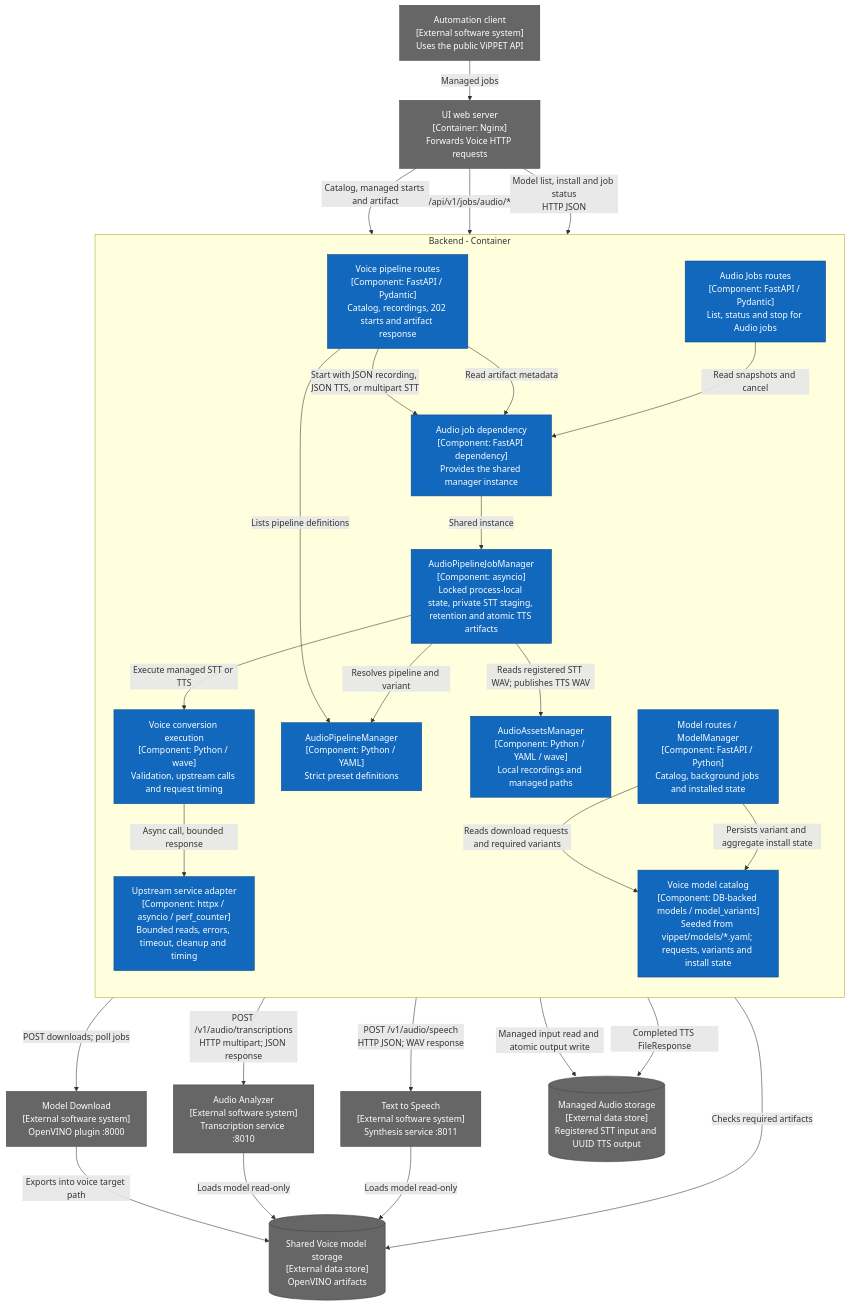
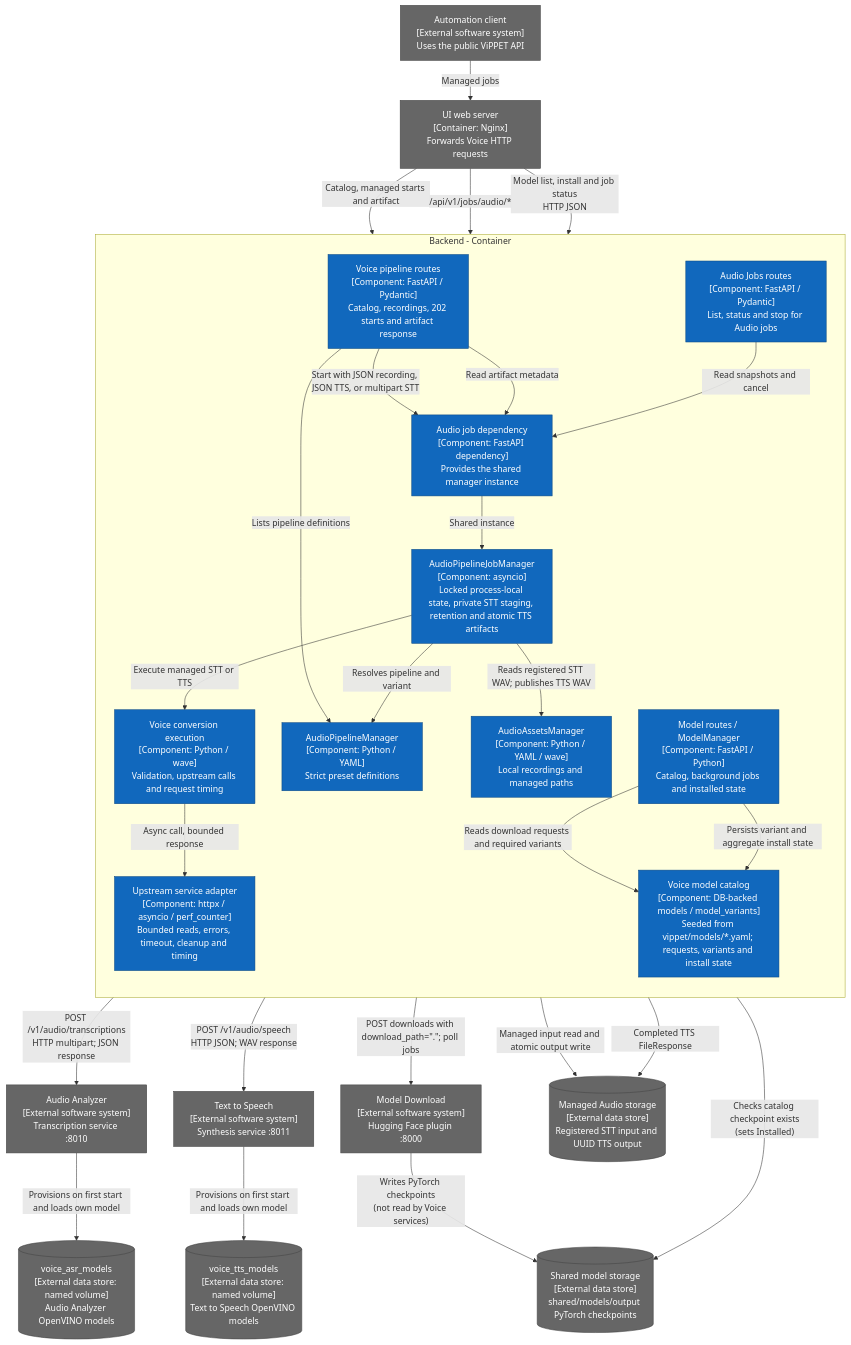
The fourth of 9 diagrams in tools/visual-pipeline-and-platform-evaluation-tool/docs/user-guide/developer-guide/voice-architecture.md (open-edge-platform/edge-ai-libraries), drawn with Mermaid before and after one commit. The commit also changed other lines of this file and 2 other files, not shown here.

Commit message:
[ViPPET] Update voice docs (#4004)

````diff
--- a/tools/visual-pipeline-and-platform-evaluation-tool/docs/user-guide/developer-guide/voice-architecture.md
+++ b/tools/visual-pipeline-and-platform-evaluation-tool/docs/user-guide/developer-guide/voice-architecture.md
@@ -204,49 +227,51 @@
 ```mermaid
 flowchart TB
   web["UI web server<br/>[Container: Nginx]<br/>Forwards Voice HTTP requests"]:::external
   automation["Automation client<br/>[External software system]<br/>Uses the public ViPPET API"]:::external
   subgraph api[Backend - Container]
     direction TB
     voiceroutes["Voice pipeline routes<br/>[Component: FastAPI / Pydantic]<br/>Catalog, recordings, 202 starts and artifact response"]:::internal
     jobsroutes["Audio Jobs routes<br/>[Component: FastAPI / Pydantic]<br/>List, status and stop for Audio jobs"]:::internal
     audiodependency["Audio job dependency<br/>[Component: FastAPI dependency]<br/>Provides the shared manager instance"]:::internal
     conversion["Voice conversion execution<br/>[Component: Python / wave]<br/>Validation, upstream calls and request timing"]:::internal
     adapter["Upstream service adapter<br/>[Component: httpx / asyncio / perf_counter]<br/>Bounded reads, errors, timeout, cleanup and timing"]:::internal
     assets["AudioAssetsManager<br/>[Component: Python / YAML / wave]<br/>Local recordings and managed paths"]:::internal
     audiocatalog["AudioPipelineManager<br/>[Component: Python / YAML]<br/>Strict preset definitions"]:::internal
     audiojobs["AudioPipelineJobManager<br/>[Component: asyncio]<br/>Locked process-local state, private STT staging, retention and atomic TTS artifacts"]:::internal
     modelapi["Model routes / ModelManager<br/>[Component: FastAPI / Python]<br/>Catalog, background jobs and installed state"]:::internal
     catalog["Voice model catalog<br/>[Component: DB-backed models / model_variants]<br/>Seeded from vippet/models/*.yaml; requests, variants and install state"]:::internal
     voiceroutes -->|"Start with JSON recording, JSON TTS, or multipart STT"| audiodependency
     voiceroutes -->|Read artifact metadata| audiodependency
     jobsroutes -->|Read snapshots and cancel| audiodependency
     audiodependency -->|Shared instance| audiojobs
     audiojobs -->|Execute managed STT or TTS| conversion
     conversion -->|Async call, bounded response| adapter
     voiceroutes -->|Lists pipeline definitions| audiocatalog
     audiojobs -->|Resolves pipeline and variant| audiocatalog
     audiojobs -->|Reads registered STT WAV; publishes TTS WAV| assets
     modelapi -->|Reads download requests and required variants| catalog
     modelapi -->|Persists variant and aggregate install state| catalog
   end
   asr["Audio Analyzer<br/>[External software system]<br/>Transcription service :8010"]:::external
   tts["Text to Speech<br/>[External software system]<br/>Synthesis service :8011"]:::external
-  downloader["Model Download<br/>[External software system]<br/>OpenVINO plugin :8000"]:::external
-  modelstore[("Shared Voice model storage<br/>[External data store]<br/>OpenVINO artifacts")]:::external
+  downloader["Model Download<br/>[External software system]<br/>Hugging Face plugin :8000"]:::external
+  modelstore[("Shared model storage<br/>[External data store]<br/>shared/models/output PyTorch checkpoints")]:::external
+  asrmodels[("voice_asr_models<br/>[External data store: named volume]<br/>Audio Analyzer OpenVINO models")]:::external
+  ttsmodels[("voice_tts_models<br/>[External data store: named volume]<br/>Text to Speech OpenVINO models")]:::external
   audiostore[("Managed Audio storage<br/>[External data store]<br/>Registered STT input and UUID TTS output")]:::external
   web -->|"Catalog, managed starts and artifact"| voiceroutes
   web -->|"/api/v1/jobs/audio/*"| jobsroutes
   automation -->|"Managed jobs"| web
   web -->|"Model list, install and job status<br/>HTTP JSON"| modelapi
   adapter -->|"POST /v1/audio/transcriptions<br/>HTTP multipart; JSON response"| asr
   adapter -->|"POST /v1/audio/speech<br/>HTTP JSON; WAV response"| tts
   assets -->|"Managed input read and atomic output write"| audiostore
   voiceroutes -->|"Completed TTS FileResponse"| audiostore
-  modelapi -->|"POST downloads; poll jobs"| downloader
-  modelapi -->|"Checks required artifacts"| modelstore
-  downloader -->|"Exports into voice target path"| modelstore
-  asr -->|"Loads model read-only"| modelstore
-  tts -->|"Loads model read-only"| modelstore
+  modelapi -->|"POST downloads with download_path=#quot;.#quot;; poll jobs"| downloader
+  modelapi -->|"Checks catalog checkpoint exists<br/>(sets Installed)"| modelstore
+  downloader -->|"Writes PyTorch checkpoints<br/>(not read by Voice services)"| modelstore
+  asr -->|"Provisions on first start and loads own model"| asrmodels
+  tts -->|"Provisions on first start and loads own model"| ttsmodels
   classDef internal fill:#1168bd,color:#fff,stroke:#0b4884
   classDef external fill:#666,color:#fff,stroke:#444
 ```
````
